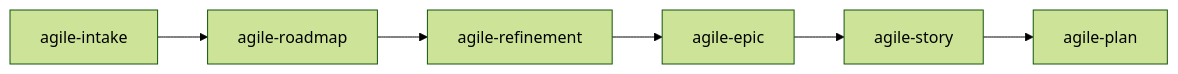
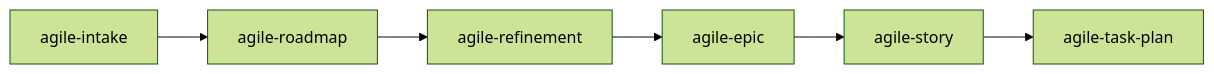
Before and after one commit to djalmajr/essential-skills: the diagram in skills/agile-roadmap/README.md, drawn with Mermaid (forest theme). The commit also changed other lines of this file and 29 other files, not shown here.

First line of the commit message:
Rename agile-plan to agile-task-plan, remove all sizing codes

````diff
--- a/skills/agile-roadmap/README.md
+++ b/skills/agile-roadmap/README.md
@@ -64,8 +64,8 @@
 ```mermaid
 flowchart LR
     A[agile-intake] --> B[agile-roadmap]
     B --> C[agile-refinement]
     C --> D[agile-epic]
     D --> E[agile-story]
-    E --> F[agile-plan]
+    E --> F[agile-task-plan]
 ```
````
